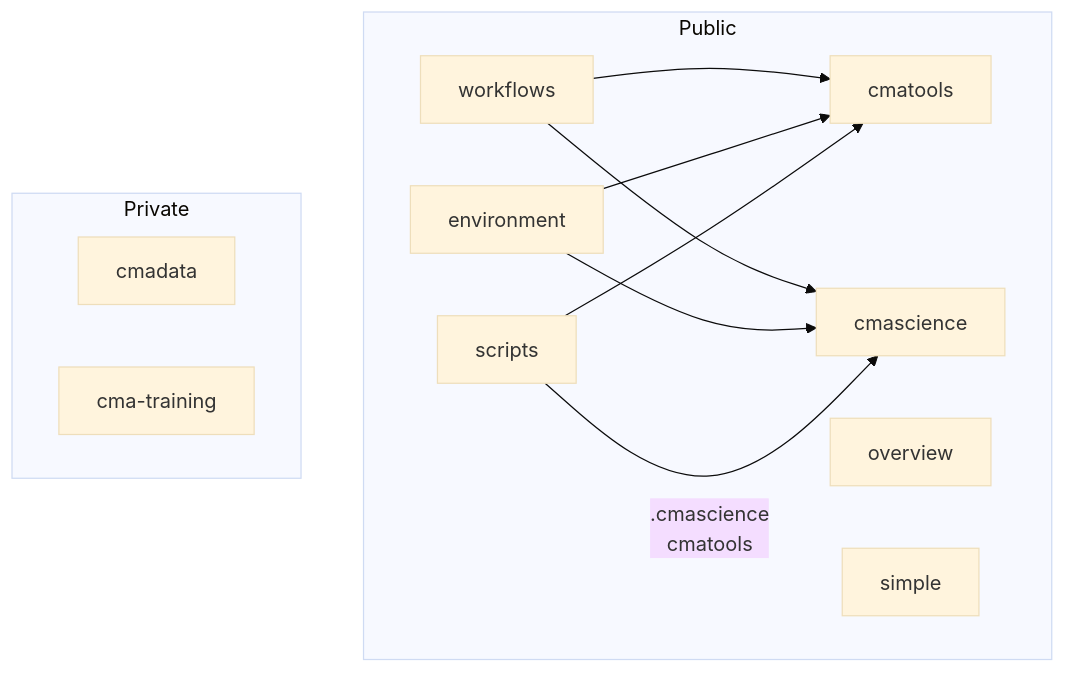
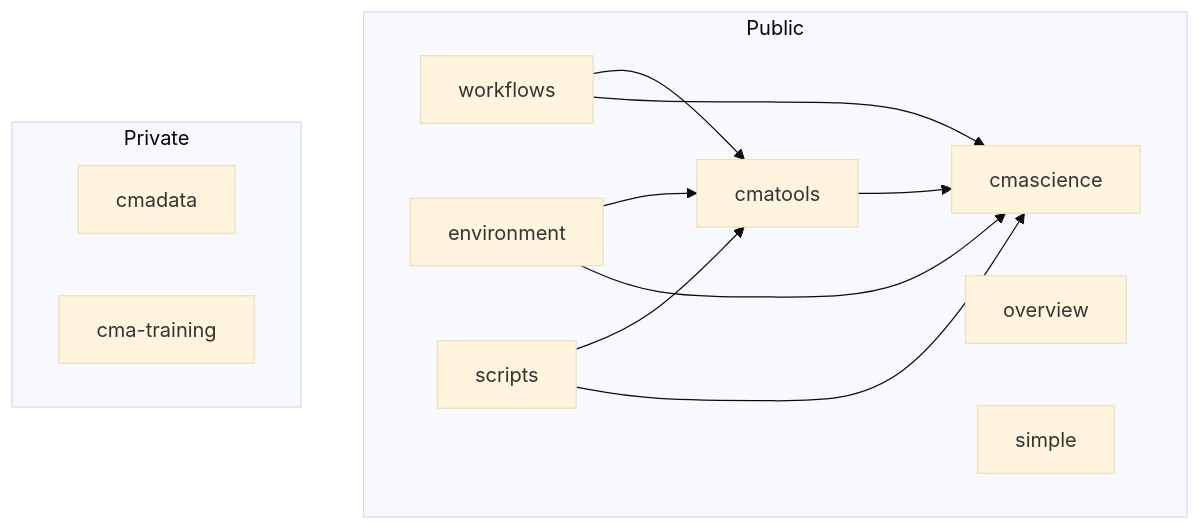
Before and after one commit to cma-open/overview: the diagram in README.md, drawn with Mermaid (base theme).

````diff
--- a/README.md
+++ b/README.md
@@ -10,30 +10,30 @@
 ```mermaid
 flowchart TB
  subgraph Public
     workflows
       click workflows "https://github.com/cma-open/workflows" "Link to workflows repo"
     workflows-->cmatools
     workflows-->cmascience
     environment
       click environment "https://github.com/cma-open/environment" "Link to environment repo"
     environment-->cmatools
     environment-->cmascience
     scripts
-      click environment "https://github.com/cma-open/scripts" "Link to scripts repo"
+      click scripts "https://github.com/cma-open/scripts" "Link to scripts repo"
     scripts-->cmatools
-    scripts--.cmascience
+    scripts-->cmascience
     cmatools-->cmascience
     click cmatools "https://github.com/cma-open/cmatools" "Link to cmatools"
     overview
       click overview "https://github.com/cma-open/overview" "Link to overview repo"
       click cmascience "https://github.com/cma-open/cmascience" "Link to cmascience repo"
     simple
       click simple "https://github.com/cma-open/simple" "Link to simple repo"
     end
     subgraph Private
     cmadata
       click cmadata "https://github.com/cma-open/cmadata" "Link to cmadata repo"
     cma-training
       click cma-training "https://github.com/cma-open/cma-training" "Link to training repo"
     end
 ```
````
